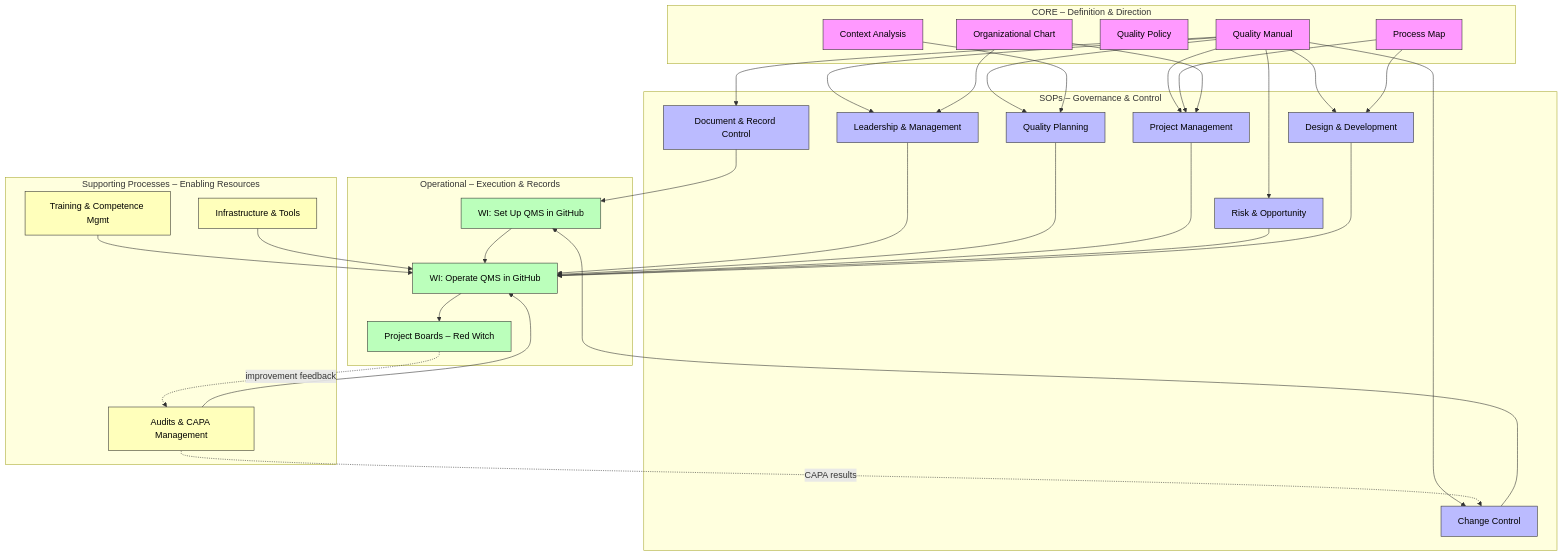
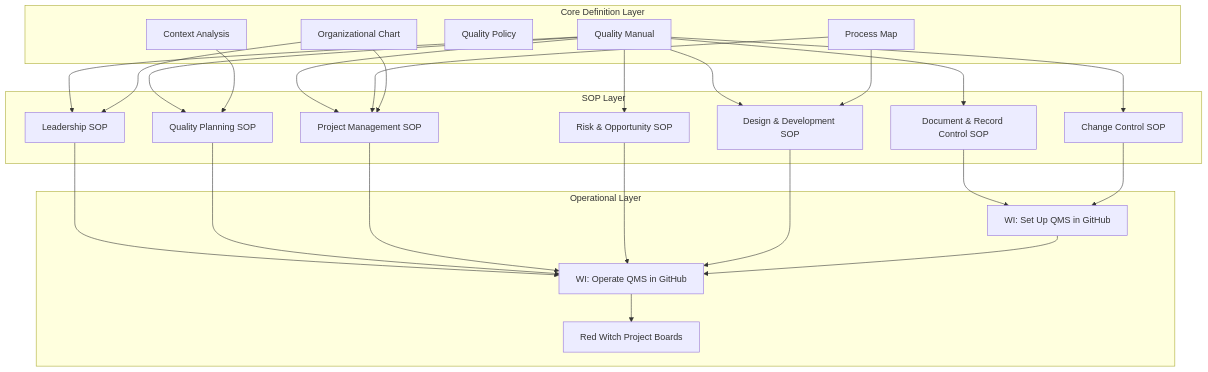
Before and after one commit to Floating-Eye-Software/fley-qms: the first of 2 diagrams in QMS/Process-Map.md, drawn with Mermaid. The commit also changed other lines of this file and 2 other files, not shown here.

Commit message:
restore previous mermaid diagrams, refs #6

````diff
--- a/QMS/Process-Map.md
+++ b/QMS/Process-Map.md
@@ -14,71 +14,55 @@
 ```mermaid
 flowchart TD
-    %% ======== COLORS / STYLES ========
-    classDef core fill:#f9f,stroke:#333,stroke-width:1px,color:#000;
-    classDef sop fill:#bbf,stroke:#333,stroke-width:1px,color:#000;
-    classDef op fill:#bfb,stroke:#333,stroke-width:1px,color:#000;
-    classDef support fill:#ffb,stroke:#333,stroke-width:1px,color:#000;
-
-    %% ======== CORE LAYER ========
-    subgraph Core[CORE – Definition & Direction]
+    %% Core Definition Layer
+    subgraph Core[Core Definition Layer]
         QM[Quality Manual]
         CA[Context Analysis]
         QP[Quality Policy]
         PM[Process Map]
         OC[Organizational Chart]
     end
-    class QM,CA,QP,PM,OC core
 
-    %% ======== SOP LAYER ========
-    subgraph SOP[SOPs – Governance & Control]
-        SOP3[Document & Record Control]
-        SOP4[Change Control]
-        SOP5[Leadership & Management]
-        SOP6[Quality Planning]
-        SOP7[Project Management]
-        SOP8[Risk & Opportunity]
-        SOP9[Design & Development]
+    %% SOP Layer
+    subgraph SOP[SOP Layer]
+        SOP3[Document & Record Control SOP]
+        SOP4[Change Control SOP]
+        SOP5[Leadership SOP]
+        SOP6[Quality Planning SOP]
+        SOP7[Project Management SOP]
+        SOP8[Risk & Opportunity SOP]
+        SOP9[Design & Development SOP]
     end
-    class SOP3,SOP4,SOP5,SOP6,SOP7,SOP8,SOP9 sop
 
-    %% ======== OPERATIONAL LAYER ========
-    subgraph OP[Operational – Execution & Records]
+    %% Operational Layer
+    subgraph WI[Operational Layer]
         WISetup[WI: Set Up QMS in GitHub]
         WIOperate[WI: Operate QMS in GitHub]
-        ProductBoards[Project Boards – Red Witch]
+        ProductBoards[Red Witch Project Boards]
     end
-    class WISetup,WIOperate,ProductBoards op
 
-    %% ======== SUPPORTING PROCESSES ========
-    subgraph Support[Supporting Processes – Enabling Resources]
-        Training[Training & Competence Mgmt]
-        Resources[Infrastructure & Tools]
-        AuditMgmt[Audits & CAPA Management]
-    end
-    class Training,Resources,AuditMgmt support
+    %% Connections
+    QM --> SOP3
+    QM --> SOP4
+    QM --> SOP5
+    QM --> SOP6
+    QM --> SOP7
+    QM --> SOP8
+    QM --> SOP9
 
-    %% ======== INTERACTIONS ========
-    QM --> SOP3 & SOP4 & SOP5 & SOP6 & SOP7 & SOP8 & SOP9
     CA --> SOP6
-    PM --> SOP7 & SOP9
-    OC --> SOP5 & SOP7
+    PM --> SOP7
+    PM --> SOP9
+    OC --> SOP5
+    OC --> SOP7
 
     SOP3 --> WISetup
     SOP4 --> WISetup
     SOP5 --> WIOperate
     SOP6 --> WIOperate
     SOP7 --> WIOperate
     SOP8 --> WIOperate
     SOP9 --> WIOperate
 
-    WISetup --> WIOperate --> ProductBoards
-
-    %% SUPPORT FLOWS
-    Training --> WIOperate
-    Resources --> WIOperate
-    AuditMgmt --> WIOperate
-
-    %% FEEDBACK
-    ProductBoards -. improvement feedback .-> AuditMgmt
-    AuditMgmt -. CAPA results .-> SOP4
+    WISetup --> WIOperate
+    WIOperate --> ProductBoards
 ```
````
